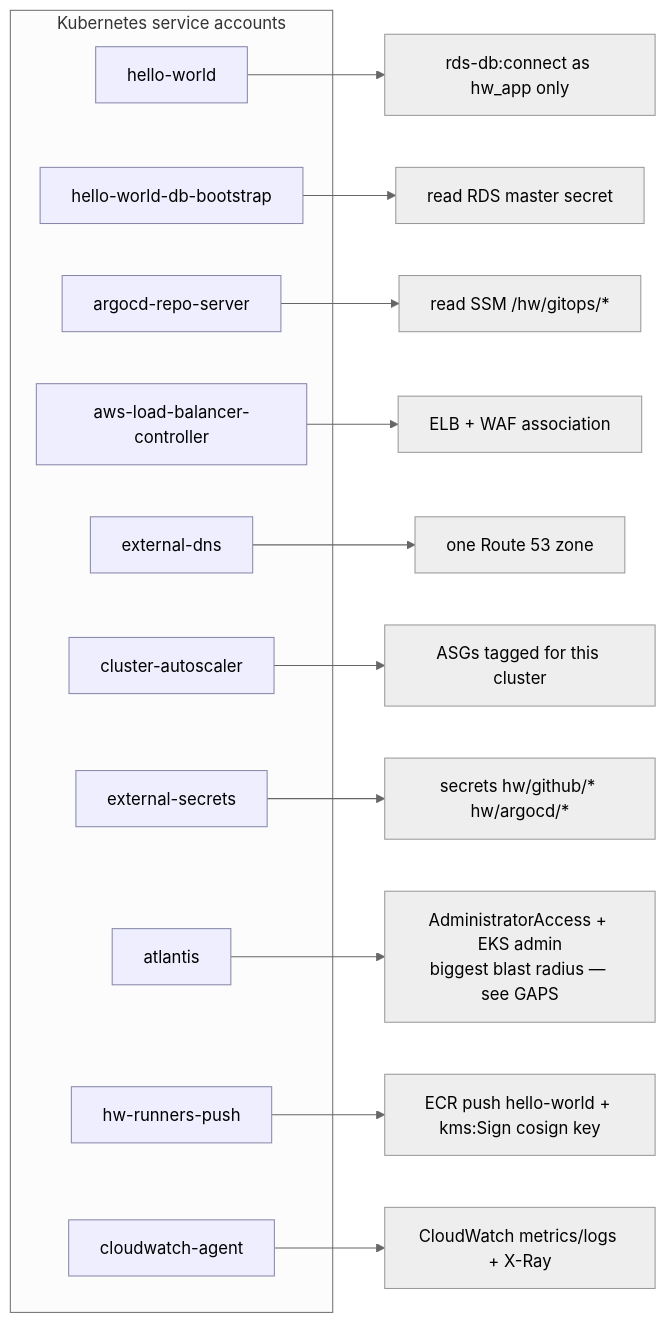
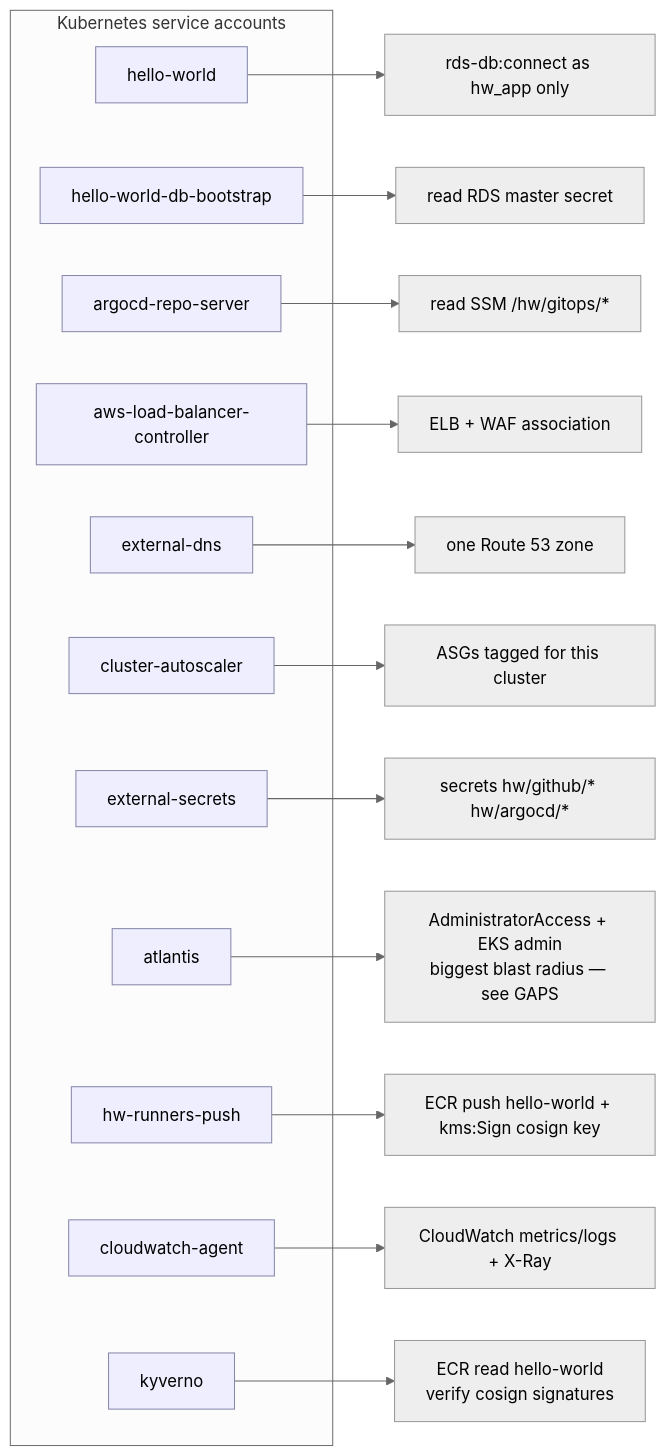
Before and after one commit to balusarakesh/hw-platform: the second of 4 diagrams in docs/architecture.md, drawn with Mermaid (neutral theme). The commit also changed other lines of this file and 5 other files, not shown here.

````diff
--- a/docs/architecture.md
+++ b/docs/architecture.md
@@ -38,26 +38,28 @@
 ```mermaid
 flowchart LR
   subgraph k8s[Kubernetes service accounts]
     a1[hello-world]:::sa
     a2[hello-world-db-bootstrap]:::sa
     a3[argocd-repo-server]:::sa
     a4[aws-load-balancer-controller]:::sa
     a5[external-dns]:::sa
     a6[cluster-autoscaler]:::sa
     a7[external-secrets]:::sa
     a8[atlantis]:::sa
     a9[hw-runners-push]:::sa
     a10[cloudwatch-agent]:::sa
+    a11[kyverno]:::sa
   end
   a1 --> p1[rds-db:connect as hw_app only]
   a2 --> p2[read RDS master secret]
   a3 --> p3[read SSM /hw/gitops/*]
   a4 --> p4[ELB + WAF association]
   a5 --> p5[one Route 53 zone]
   a6 --> p6[ASGs tagged for this cluster]
   a7 --> p7[secrets hw/github/* hw/argocd/*]
   a8 --> p8[AdministratorAccess + EKS admin<br/>biggest blast radius — see GAPS]
   a9 --> p9[ECR push hello-world + kms:Sign cosign key]
   a10 --> p10[CloudWatch metrics/logs + X-Ray]
+  a11 --> p11[ECR read hello-world<br/>verify cosign signatures]
   classDef sa fill:#eef,stroke:#88a
 ```
````
